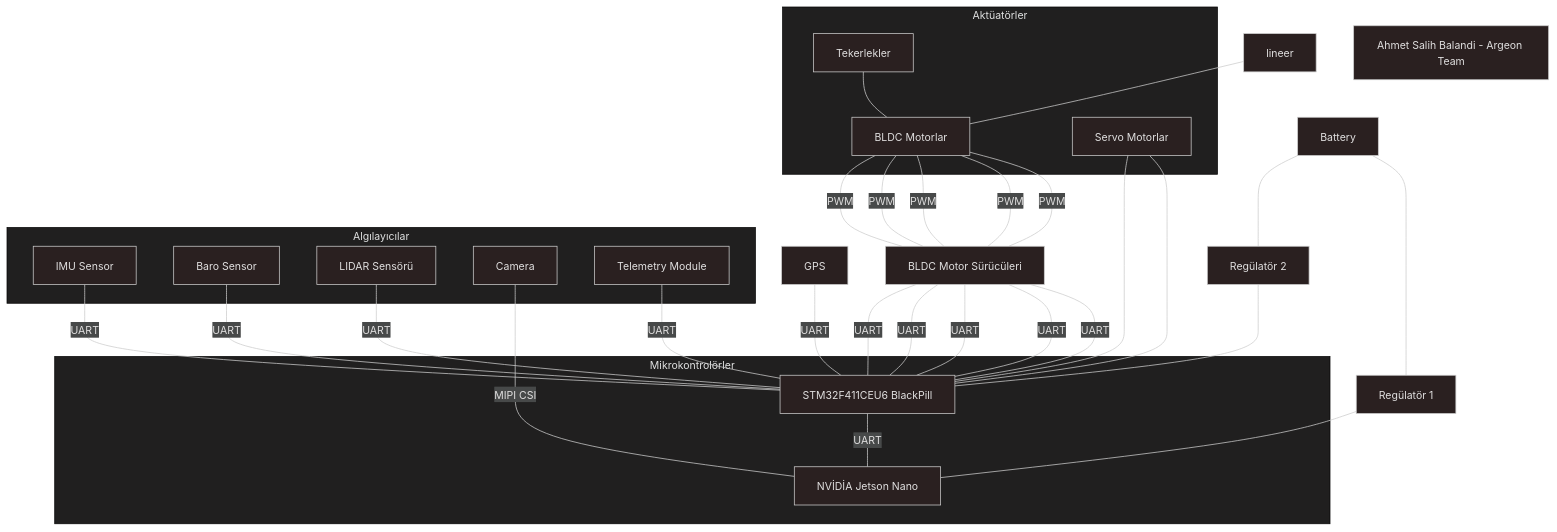
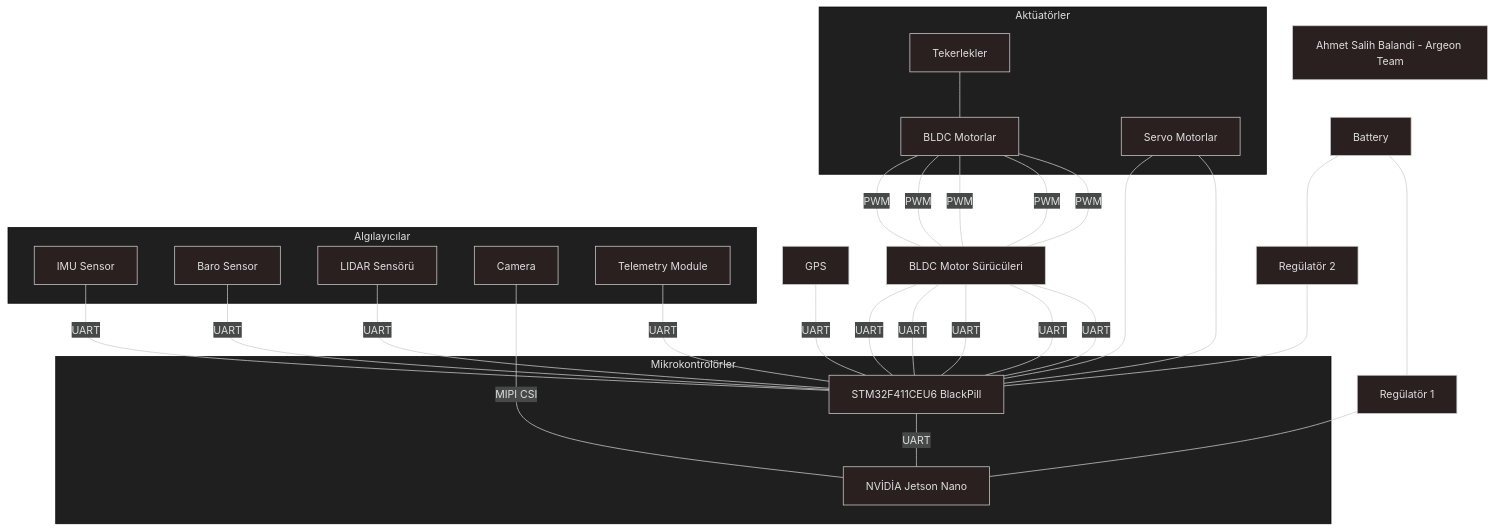
The diagram in autopilot_diagram.md (ahmetsalihbalandi/autopilot), drawn with Mermaid before and after one commit.

````diff
--- a/autopilot_diagram.md
+++ b/autopilot_diagram.md
@@ -1,38 +1,38 @@
 ```mermaid
 ---
 config:
   theme: neo-dark
 ---
 flowchart TD
  subgraph s1["Mikrokontrolörler"]
         Jetson_Nano["NVİDİA Jetson Nano"]
         STM["STM32F411CEU6 BlackPill"]
   end
  subgraph s2["Algılayıcılar"]
         IMU["IMU Sensor"]
         Baro["Baro Sensor"]
         LIDAR["LIDAR Sensörü"]
         Camera["Camera"]
         Telemetry["Telemetry Module"]
   end
  subgraph s3["Aktüatörler"]
         Motors["BLDC Motorlar"]
         sMotors["Servo Motorlar"]
 	teker["Tekerlekler"]
   end
-    lineer & teker --- Motors -- PWM --- Drivers["BLDC Motor Sürücüleri"] & Drivers & Drivers & Drivers & Drivers
+    teker --- Motors -- PWM --- Drivers["BLDC Motor Sürücüleri"] & Drivers & Drivers & Drivers & Drivers
     Drivers -- UART --- STM & STM & STM & STM & STM
     LIDAR -- UART --- STM
     IMU -- UART --- STM
     Baro -- UART --- STM
     Telemetry -- UART --- STM
     GPS -- UART --- STM
     Camera -- MIPI CSI --- Jetson_Nano
     STM -- UART --- Jetson_Nano
     Battery["Battery"] --- Regulator1["Regülatör 1"] & Regulator2["Regülatör 2"]
     Regulator1 --- Jetson_Nano
     Regulator2 --- STM
     sMotors --- STM & STM
 classDef footer fill:none,stroke:none,color:#000, font-style:italic;
 footer["Ahmet Salih Balandi - Argeon Team"]
 ```
````
